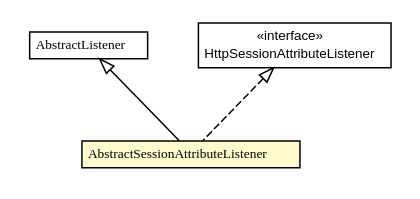
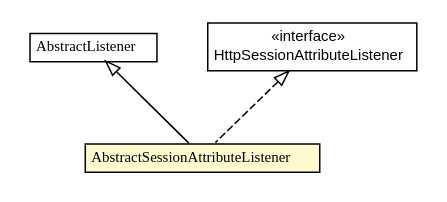
The diagram in static/javadocs/1.0.0/org/gservlet/AbstractSessionAttributeListener.dot (GServlet/gservlet-site), drawn with Graphviz before and after one commit. The commit also changed 168 other files, not shown here.

```diff
--- a/static/javadocs/1.0.0/org/gservlet/AbstractSessionAttributeListener.dot
+++ b/static/javadocs/1.0.0/org/gservlet/AbstractSessionAttributeListener.dot
@@ -1,35 +1,35 @@
 #!/usr/local/bin/dot
 #
 # Class diagram 
 # Generated by UMLGraph version R5_6-24-gf6e263 (http://www.umlgraph.org/)
 #
 
 digraph G {
 	edge [fontname="arial",fontsize=10,labelfontname="arial",labelfontsize=10];
 	node [fontname="arial",fontsize=10,shape=plaintext];
 	nodesep=0.25;
 	ranksep=0.5;
+	// org.gservlet.AbstractListener
+	c461 [label=<<table title="org.gservlet.AbstractListener" border="0" cellborder="1" cellspacing="0" cellpadding="2" port="p" href="./AbstractListener.html">
+		<tr><td><table border="0" cellspacing="0" cellpadding="1">
+<tr><td align="center" balign="center"><font face="arial italic"> AbstractListener </font></td></tr>
+		</table></td></tr>
+		</table>>, URL="./AbstractListener.html", fontname="arial", fontcolor="black", fontsize=10.0];
 	// org.gservlet.AbstractSessionAttributeListener
-	c476 [label=<<table title="org.gservlet.AbstractSessionAttributeListener" border="0" cellborder="1" cellspacing="0" cellpadding="2" port="p" bgcolor="lemonChiffon" href="./AbstractSessionAttributeListener.html">
+	c466 [label=<<table title="org.gservlet.AbstractSessionAttributeListener" border="0" cellborder="1" cellspacing="0" cellpadding="2" port="p" bgcolor="lemonChiffon" href="./AbstractSessionAttributeListener.html">
 		<tr><td><table border="0" cellspacing="0" cellpadding="1">
 <tr><td align="center" balign="center"><font face="arial italic"> AbstractSessionAttributeListener </font></td></tr>
 		</table></td></tr>
-		</table>>, URL="./AbstractSessionAttributeListener.html", fontname="arial", fontcolor="black", fontsize=9.0];
-	// org.gservlet.AbstractListener
-	c481 [label=<<table title="org.gservlet.AbstractListener" border="0" cellborder="1" cellspacing="0" cellpadding="2" port="p" href="./AbstractListener.html">
-		<tr><td><table border="0" cellspacing="0" cellpadding="1">
-<tr><td align="center" balign="center"><font face="arial italic"> AbstractListener </font></td></tr>
-		</table></td></tr>
-		</table>>, URL="./AbstractListener.html", fontname="arial", fontcolor="black", fontsize=9.0];
+		</table>>, URL="./AbstractSessionAttributeListener.html", fontname="arial", fontcolor="black", fontsize=10.0];
 	//org.gservlet.AbstractSessionAttributeListener extends org.gservlet.AbstractListener
-	c481:p -> c476:p [dir=back,arrowtail=empty];
+	c461:p -> c466:p [dir=back,arrowtail=empty];
 	//org.gservlet.AbstractSessionAttributeListener implements javax.servlet.http.HttpSessionAttributeListener
-	c497:p -> c476:p [dir=back,arrowtail=empty,style=dashed];
+	c497:p -> c466:p [dir=back,arrowtail=empty,style=dashed];
 	// javax.servlet.http.HttpSessionAttributeListener
 	c497 [label=<<table title="javax.servlet.http.HttpSessionAttributeListener" border="0" cellborder="1" cellspacing="0" cellpadding="2" port="p" href="http://java.sun.com/j2se/1.4.2/docs/api/javax/servlet/http/HttpSessionAttributeListener.html">
 		<tr><td><table border="0" cellspacing="0" cellpadding="1">
 <tr><td align="center" balign="center"> &#171;interface&#187; </td></tr>
 <tr><td align="center" balign="center"> HttpSessionAttributeListener </td></tr>
 		</table></td></tr>
-		</table>>, URL="http://java.sun.com/j2se/1.4.2/docs/api/javax/servlet/http/HttpSessionAttributeListener.html", fontname="arial", fontcolor="black", fontsize=9.0];
+		</table>>, URL="http://java.sun.com/j2se/1.4.2/docs/api/javax/servlet/http/HttpSessionAttributeListener.html", fontname="arial", fontcolor="black", fontsize=10.0];
 }
```
